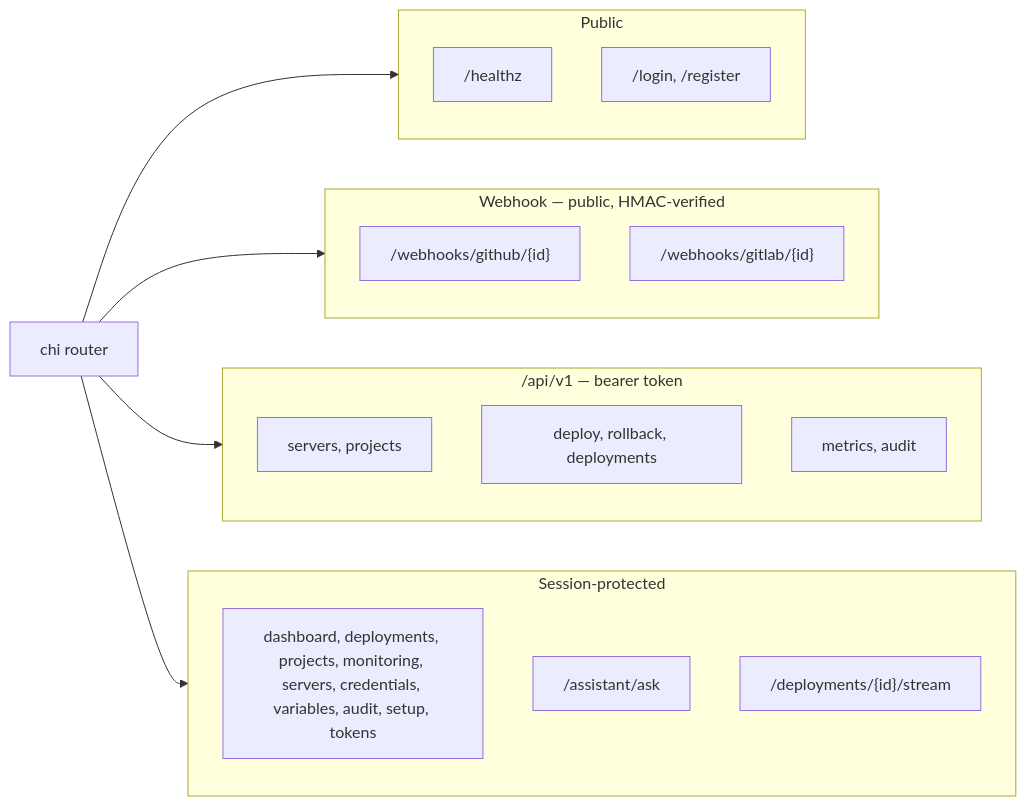
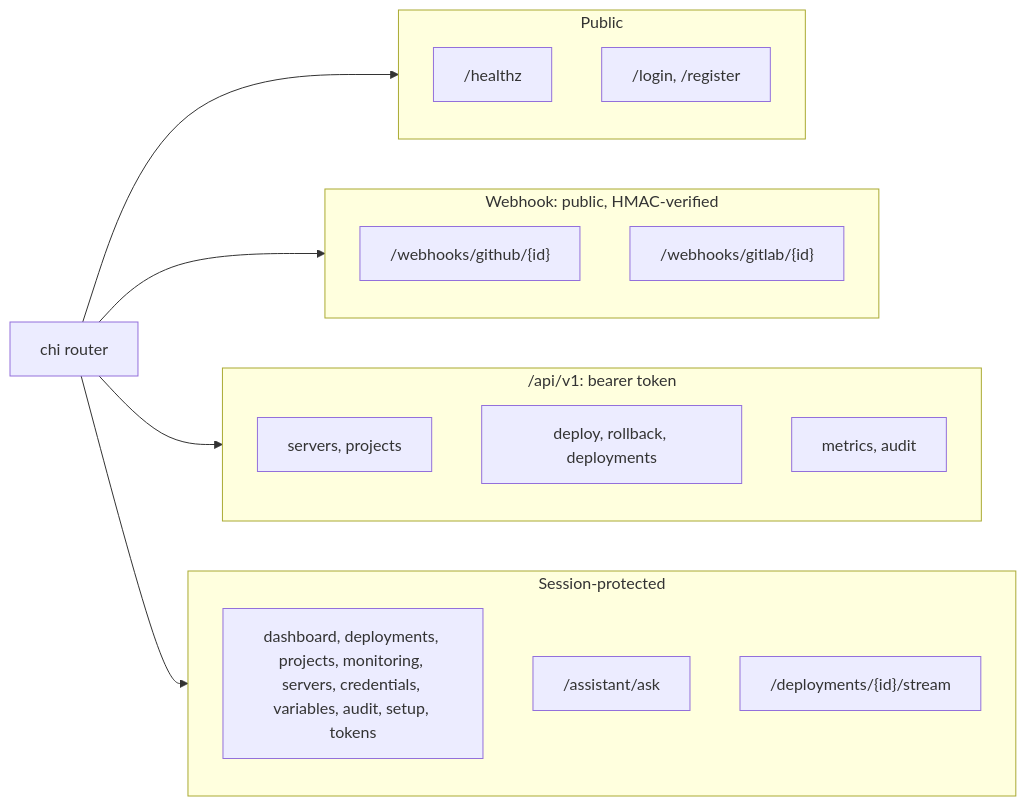
One commit to Devonlegend/winify changed the second of 2 diagrams in website/docs/concepts/architecture.md. Above: the diagram before and after it, drawn with Mermaid. The commit also changed other lines of this file and 49 other files, not shown here.

````diff
--- a/website/docs/concepts/architecture.md
+++ b/website/docs/concepts/architecture.md
@@ -106,25 +106,25 @@
 ```mermaid
 flowchart LR
   R["chi router"] --> PUB
   R --> WH
   R --> API
   subgraph PUB["Public"]
     H["/healthz"]
     L["/login, /register"]
   end
-  subgraph WH["Webhook — public, HMAC-verified"]
+  subgraph WH["Webhook: public, HMAC-verified"]
     GH["/webhooks/github/{id}"]
     GL["/webhooks/gitlab/{id}"]
   end
-  subgraph API["/api/v1 — bearer token"]
+  subgraph API["/api/v1: bearer token"]
     S1["servers, projects"]
     D1["deploy, rollback, deployments"]
     M1["metrics, audit"]
   end
   R --> AUTH
   subgraph AUTH["Session-protected"]
     UI["dashboard, deployments, projects, monitoring, servers, credentials, variables, audit, setup, tokens"]
     ASK["/assistant/ask"]
     SSE["/deployments/{id}/stream"]
   end
 ```
````
